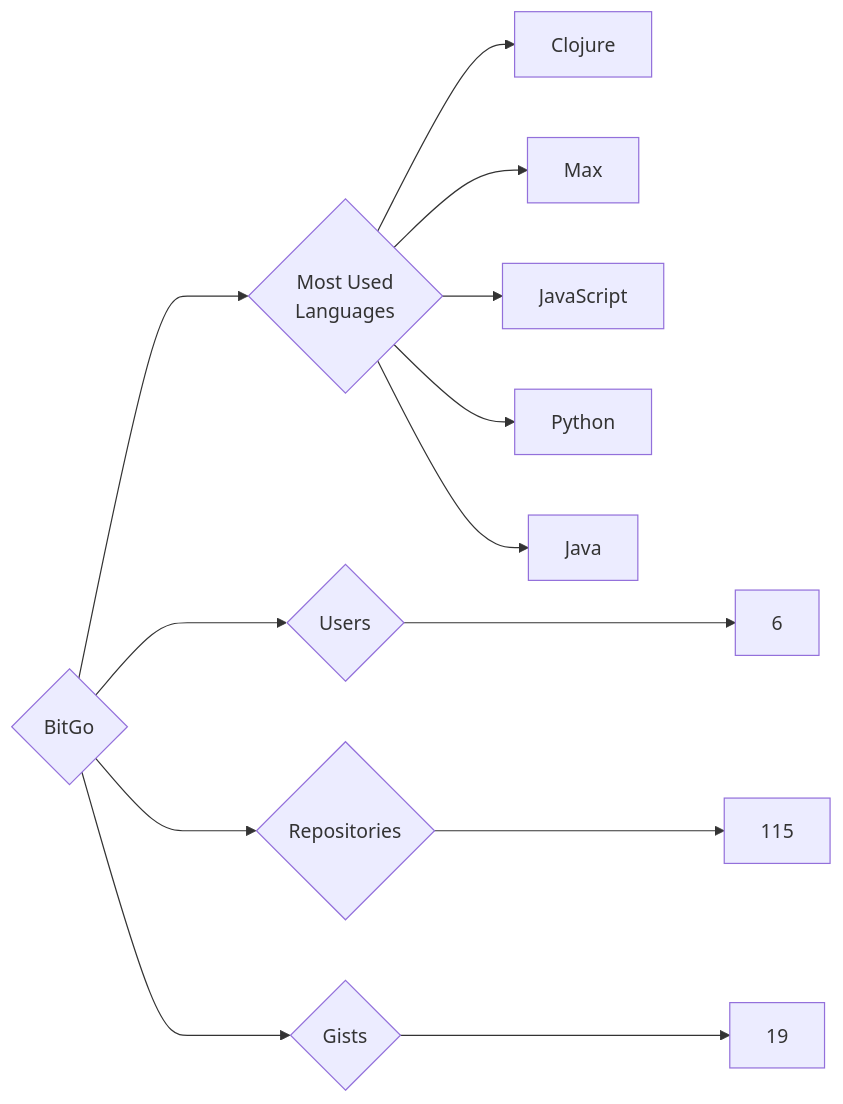
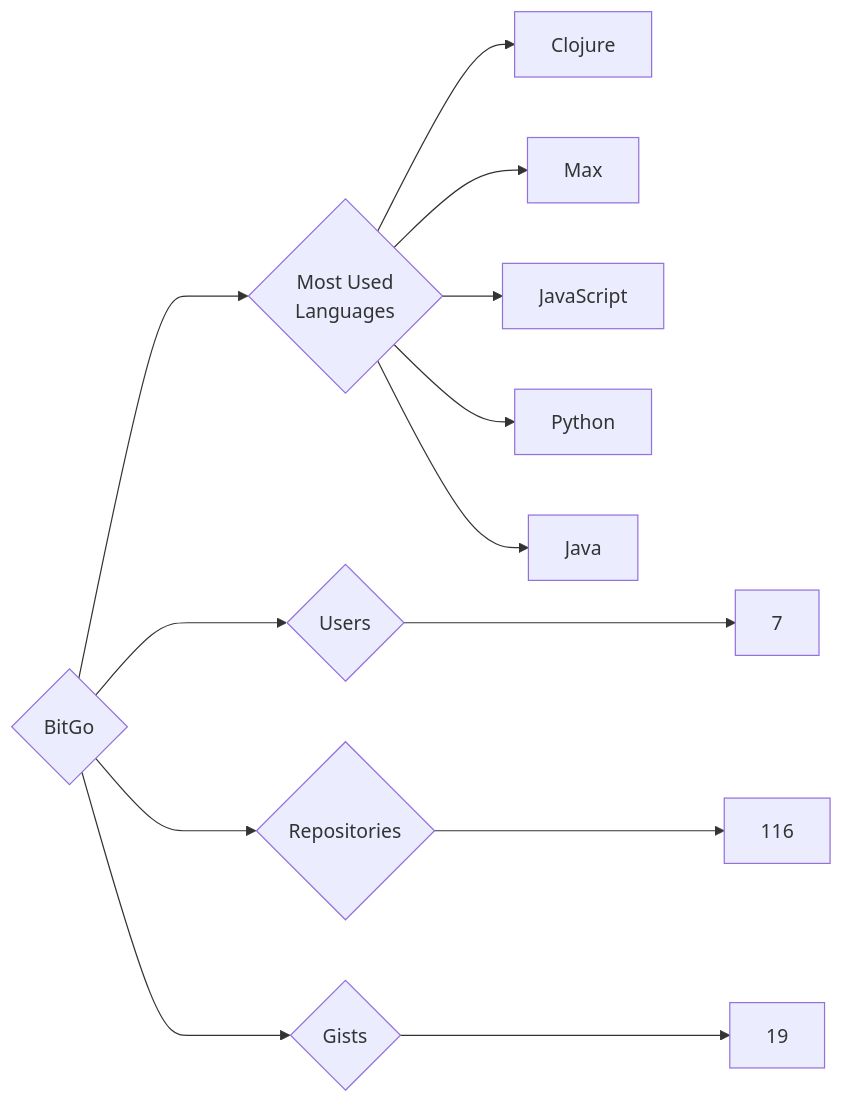
One commit to trickest/insiders changed the diagram in targets/BitGo/README.md. Above: the diagram before and after it, drawn with Mermaid. The commit also changed 815 other files, not shown here.

````diff
--- a/targets/BitGo/README.md
+++ b/targets/BitGo/README.md
@@ -3,13 +3,13 @@
 ```mermaid
 graph LR
 COMPANY_NAME{BitGo}
-COMPANY_NAME ---> U{Users} ---> UN[6]
-COMPANY_NAME ---> R{Repositories} ---> RN[115]
+COMPANY_NAME ---> U{Users} ---> UN[7]
+COMPANY_NAME ---> R{Repositories} ---> RN[116]
 COMPANY_NAME ---> G{Gists} ---> GN[19]
 COMPANY_NAME ---> ML{Most Used<br>Languages}
 ML --> Clojure[Clojure]
 ML --> Max[Max]
 ML --> JavaScript[JavaScript]
 ML --> Python[Python]
 ML --> Java[Java]
 ```
````
